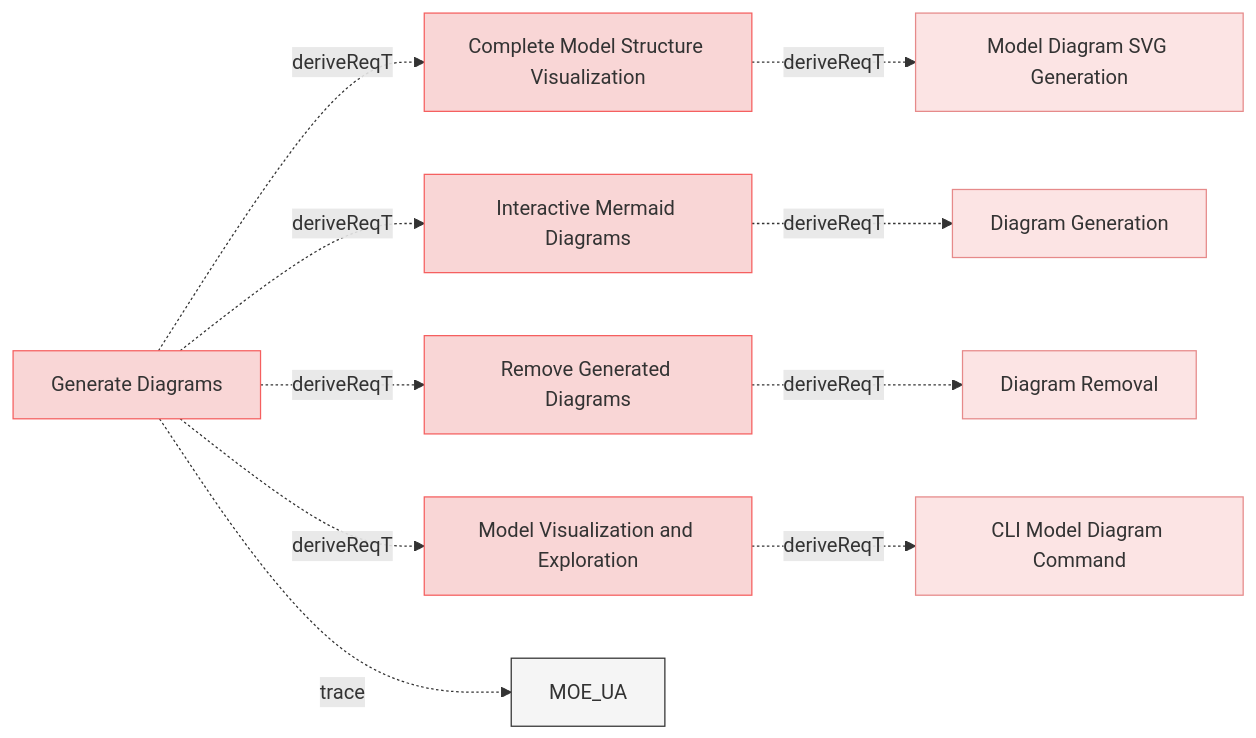
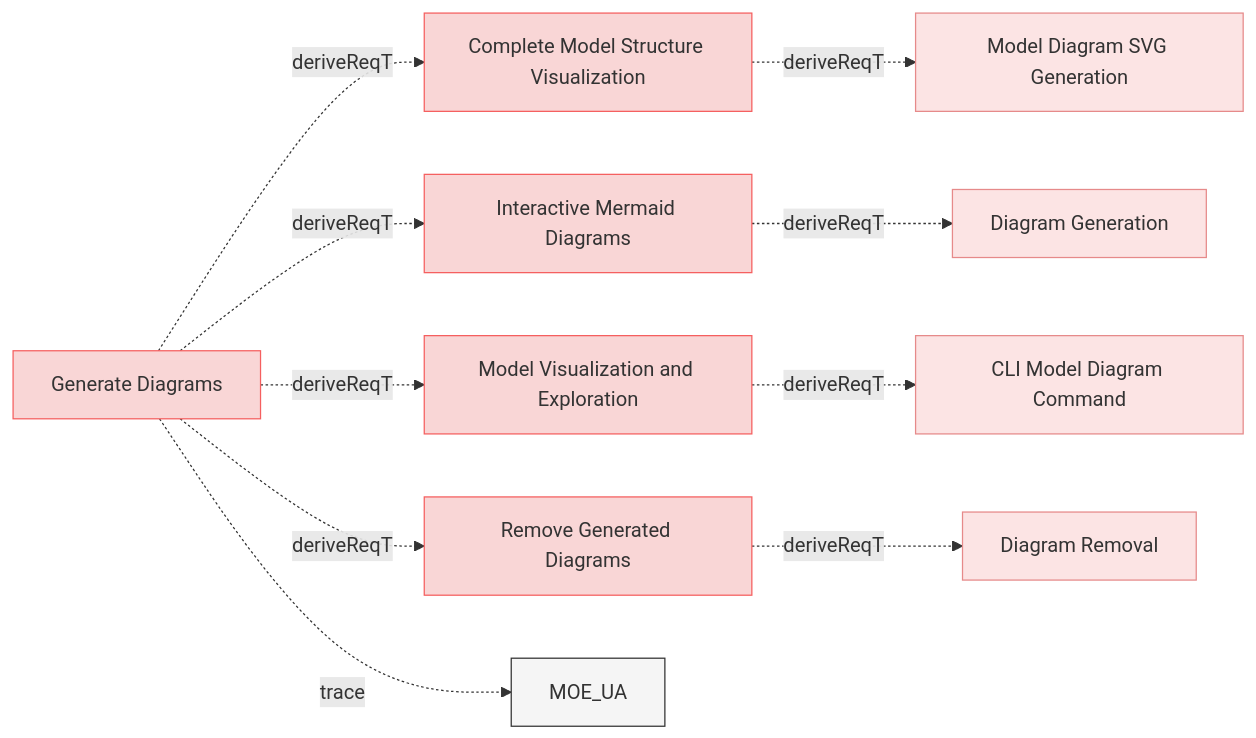
The first of 11 diagrams in specifications/UserRequirements.md (reqvire-org/reqvire), drawn with Mermaid before and after one commit. The commit also changed other lines of this file and 45 other files, not shown here.

````diff
--- a/specifications/UserRequirements.md
+++ b/specifications/UserRequirements.md
@@ -4,49 +4,49 @@
 ```mermaid
 graph LR;
   %% REQVIRE-AUTOGENERATED-DIAGRAM
   %% Graph styling
   classDef userRequirement fill:#f9d6d6,stroke:#f55f5f,stroke-width:1px;
   classDef systemRequirement fill:#fce4e4,stroke:#e68a8a,stroke-width:1px;
   classDef verification fill:#d6f9d6,stroke:#5fd75f,stroke-width:1px;
   classDef default fill:#f5f5f5,stroke:#333333,stroke-width:1px;
 
   b080cbe28d92ddf3["Complete Model Structure Visualization"];
   class b080cbe28d92ddf3 userRequirement;
   click b080cbe28d92ddf3 "UserRequirements.md#complete-model-structure-visualization";
   a6eeaf9457b68c6d["Model Diagram SVG Generation"];
   class a6eeaf9457b68c6d systemRequirement;
   click a6eeaf9457b68c6d "ReqvireTool/UserInterface/WebInterface.md#model-diagram-svg-generation";
   b080cbe28d92ddf3 -.->|deriveReqT| a6eeaf9457b68c6d;
   eedf6d6d3d2354d9["Interactive Mermaid Diagrams"];
   class eedf6d6d3d2354d9 userRequirement;
   click eedf6d6d3d2354d9 "UserRequirements.md#interactive-mermaid-diagrams";
   4538e809d640b93a["Diagram Generation"];
   class 4538e809d640b93a systemRequirement;
   click 4538e809d640b93a "ReqvireTool/ModelManagement/DiagramGeneration.md#diagram-generation";
   eedf6d6d3d2354d9 -.->|deriveReqT| 4538e809d640b93a;
+  5e10b566c9d01f8f["Model Visualization and Exploration"];
+  class 5e10b566c9d01f8f userRequirement;
+  click 5e10b566c9d01f8f "UserRequirements.md#model-visualization-and-exploration";
+  65754948eae2de4c["CLI Model Diagram Command"];
+  class 65754948eae2de4c systemRequirement;
+  click 65754948eae2de4c "ReqvireTool/UserInterface/CLI.md#cli-model-diagram-command";
+  5e10b566c9d01f8f -.->|deriveReqT| 65754948eae2de4c;
   8b2dd3bb2c44db94["Remove Generated Diagrams"];
   class 8b2dd3bb2c44db94 userRequirement;
   click 8b2dd3bb2c44db94 "UserRequirements.md#remove-generated-diagrams";
   cd0997e703de4cff["Diagram Removal"];
   class cd0997e703de4cff systemRequirement;
   click cd0997e703de4cff "ReqvireTool/ModelManagement/DiagramGeneration.md#diagram-removal";
   8b2dd3bb2c44db94 -.->|deriveReqT| cd0997e703de4cff;
-  5e10b566c9d01f8f["Model Visualization and Exploration"];
-  class 5e10b566c9d01f8f userRequirement;
-  click 5e10b566c9d01f8f "UserRequirements.md#model-visualization-and-exploration";
-  65754948eae2de4c["CLI Model Diagram Command"];
-  class 65754948eae2de4c systemRequirement;
-  click 65754948eae2de4c "ReqvireTool/UserInterface/CLI.md#cli-model-diagram-command";
-  5e10b566c9d01f8f -.->|deriveReqT| 65754948eae2de4c;
   37a5b8e199a838f["Generate Diagrams"];
   class 37a5b8e199a838f userRequirement;
   click 37a5b8e199a838f "UserStories.md#generate-diagrams";
+  37a5b8e199a838f -.->|deriveReqT| b080cbe28d92ddf3;
+  37a5b8e199a838f -.->|deriveReqT| eedf6d6d3d2354d9;
+  37a5b8e199a838f -.->|deriveReqT| 5e10b566c9d01f8f;
+  37a5b8e199a838f -.->|deriveReqT| 8b2dd3bb2c44db94;
   2c5f30f14e792200["MOE_UA"];
   class 2c5f30f14e792200 default;
   click 2c5f30f14e792200 "MOEs.md#moe_ua";
   37a5b8e199a838f -.->|trace| 2c5f30f14e792200;
-  37a5b8e199a838f -.->|deriveReqT| b080cbe28d92ddf3;
-  37a5b8e199a838f -.->|deriveReqT| eedf6d6d3d2354d9;
-  37a5b8e199a838f -.->|deriveReqT| 8b2dd3bb2c44db94;
-  37a5b8e199a838f -.->|deriveReqT| 5e10b566c9d01f8f;
 ```
````
